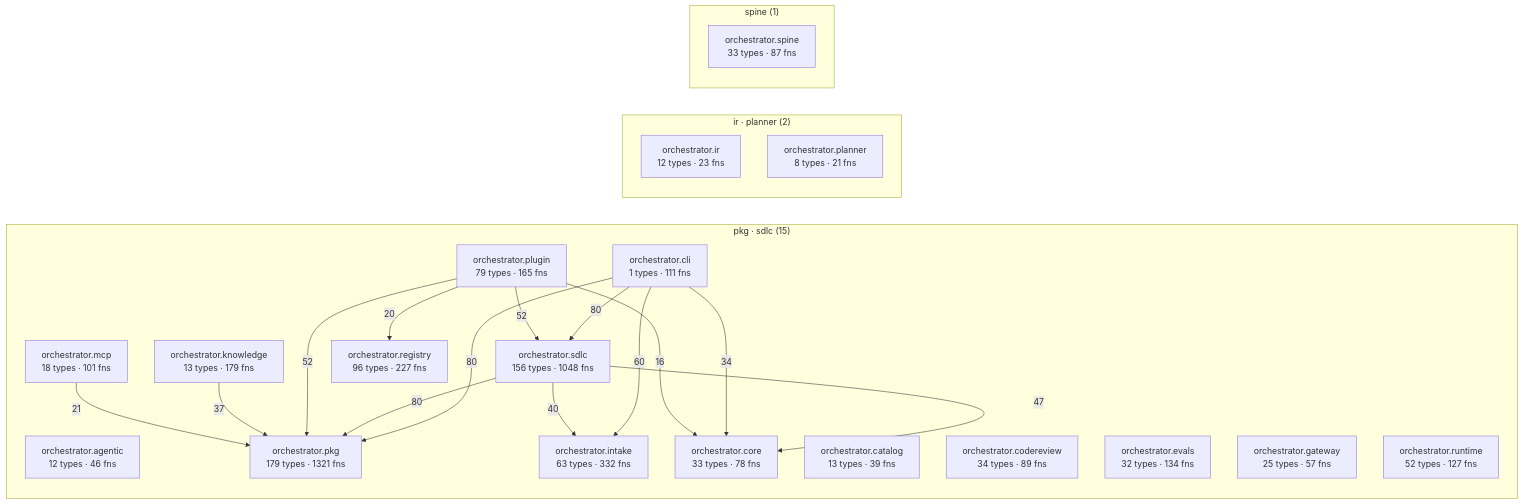
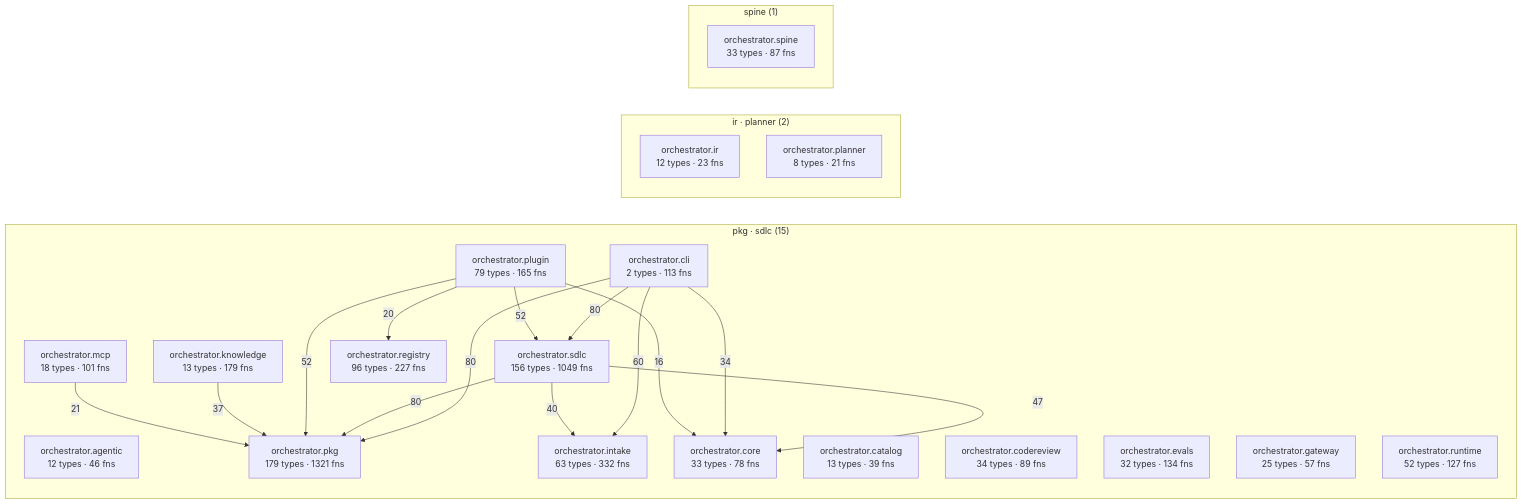
The diagram in episteme/architecture.md (synaptixs/spine), drawn with Mermaid before and after one commit. The commit also changed other lines of this file and 14 other files, not shown here.

````diff
--- a/episteme/architecture.md
+++ b/episteme/architecture.md
@@ -56,40 +56,40 @@
 ```mermaid
 flowchart LR
   subgraph c_2["pkg · sdlc (15)"]
     aorchestratoragentic["orchestrator.agentic<br/>12 types · 46 fns"]
     aorchestratorcatalog["orchestrator.catalog<br/>13 types · 39 fns"]
-    aorchestratorcli["orchestrator.cli<br/>1 types · 111 fns"]
+    aorchestratorcli["orchestrator.cli<br/>2 types · 113 fns"]
     aorchestratorcodereview["orchestrator.codereview<br/>34 types · 89 fns"]
     aorchestratorcore["orchestrator.core<br/>33 types · 78 fns"]
     aorchestratorevals["orchestrator.evals<br/>32 types · 134 fns"]
     aorchestratorgateway["orchestrator.gateway<br/>25 types · 57 fns"]
     aorchestratorintake["orchestrator.intake<br/>63 types · 332 fns"]
     aorchestratorknowledge["orchestrator.knowledge<br/>13 types · 179 fns"]
     aorchestratormcp["orchestrator.mcp<br/>18 types · 101 fns"]
     aorchestratorpkg["orchestrator.pkg<br/>179 types · 1321 fns"]
     aorchestratorplugin["orchestrator.plugin<br/>79 types · 165 fns"]
     aorchestratorregistry["orchestrator.registry<br/>96 types · 227 fns"]
     aorchestratorruntime["orchestrator.runtime<br/>52 types · 127 fns"]
-    aorchestratorsdlc["orchestrator.sdlc<br/>156 types · 1048 fns"]
+    aorchestratorsdlc["orchestrator.sdlc<br/>156 types · 1049 fns"]
   end
   subgraph c_5["ir · planner (2)"]
     aorchestratorir["orchestrator.ir<br/>12 types · 23 fns"]
     aorchestratorplanner["orchestrator.planner<br/>8 types · 21 fns"]
   end
   subgraph c_10["spine (1)"]
     aorchestratorspine["orchestrator.spine<br/>33 types · 87 fns"]
   end
   aorchestratorcli -->|80| aorchestratorpkg
   aorchestratorcli -->|80| aorchestratorsdlc
   aorchestratorsdlc -->|80| aorchestratorpkg
   aorchestratorcli -->|60| aorchestratorintake
   aorchestratorplugin -->|52| aorchestratorpkg
   aorchestratorplugin -->|52| aorchestratorsdlc
   aorchestratorsdlc -->|47| aorchestratorcore
   aorchestratorsdlc -->|40| aorchestratorintake
   aorchestratorknowledge -->|37| aorchestratorpkg
   aorchestratorcli -->|34| aorchestratorcore
   aorchestratormcp -->|21| aorchestratorpkg
   aorchestratorplugin -->|20| aorchestratorregistry
   aorchestratorplugin -->|16| aorchestratorcore
 ```
````
